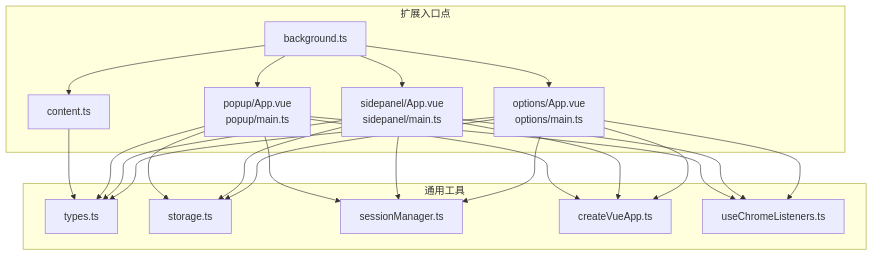
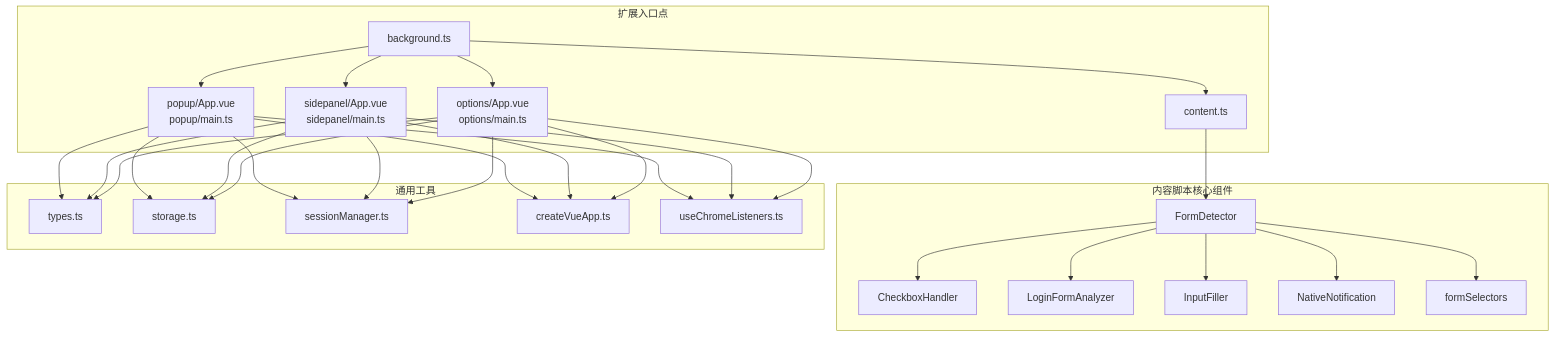
Before and after one commit to liaolongdong/account-password-helper: the first of 11 diagrams in .qoder/repowiki/zh/content/扩展入口点/扩展入口点.md, drawn with Mermaid. The commit also changed other lines of this file and 7 other files, not shown here.

````diff
--- a/.qoder/repowiki/zh/content/扩展入口点/扩展入口点.md
+++ b/.qoder/repowiki/zh/content/扩展入口点/扩展入口点.md
@@ -46,37 +57,50 @@
 ```mermaid
 graph TB
 subgraph "扩展入口点"
 BG["background.ts"]
 CT["content.ts"]
 POP["popup/App.vue<br/>popup/main.ts"]
 SP["sidepanel/App.vue<br/>sidepanel/main.ts"]
 OPT["options/App.vue<br/>options/main.ts"]
+end
+subgraph "内容脚本核心组件"
+FD["FormDetector"]
+CH["CheckboxHandler"]
+LFA["LoginFormAnalyzer"]
+IF["InputFiller"]
+NN["NativeNotification"]
+FS["formSelectors"]
 end
 subgraph "通用工具"
 TYPES["types.ts"]
 STORE["storage.ts"]
 SESS["sessionManager.ts"]
 CREATEAPP["createVueApp.ts"]
 LISTENERS["useChromeListeners.ts"]
 end
 BG --> CT
 BG --> POP
 BG --> SP
 BG --> OPT
+CT --> FD
+FD --> CH
+FD --> LFA
+FD --> IF
+FD --> NN
+FD --> FS
 POP --> STORE
 SP --> STORE
 OPT --> STORE
 POP --> SESS
 SP --> SESS
 OPT --> SESS
-CT --> TYPES
 POP --> TYPES
 SP --> TYPES
 OPT --> TYPES
 POP --> CREATEAPP
 SP --> CREATEAPP
 OPT --> CREATEAPP
 POP --> LISTENERS
 SP --> LISTENERS
 OPT --> LISTENERS
 ```
````
